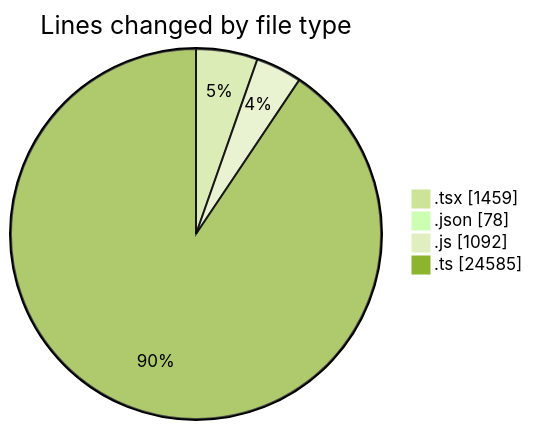
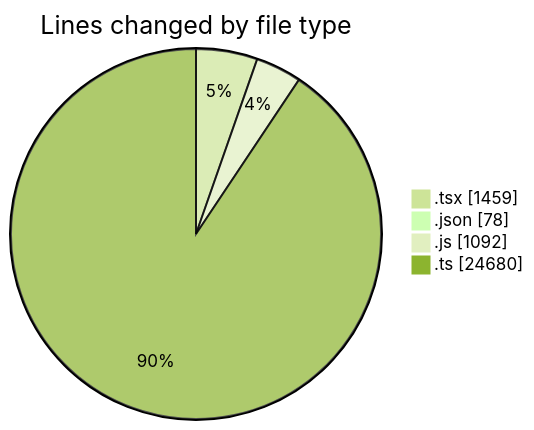
Before and after one commit to momahboobian/code-tracking: the first of 2 diagrams in 2026-10-19/cda/README.md, drawn with Mermaid (forest theme). The commit also changed other lines of this file and 1 other file, not shown here.

````diff
--- a/2026-10-19/cda/README.md
+++ b/2026-10-19/cda/README.md
@@ -30,8 +31,8 @@
 ```mermaid
 pie showData
 title Lines changed by file type
 ".tsx" : 1459
 ".json" : 78
 ".js" : 1092
-".ts" : 24585
+".ts" : 24680
 ```
````
